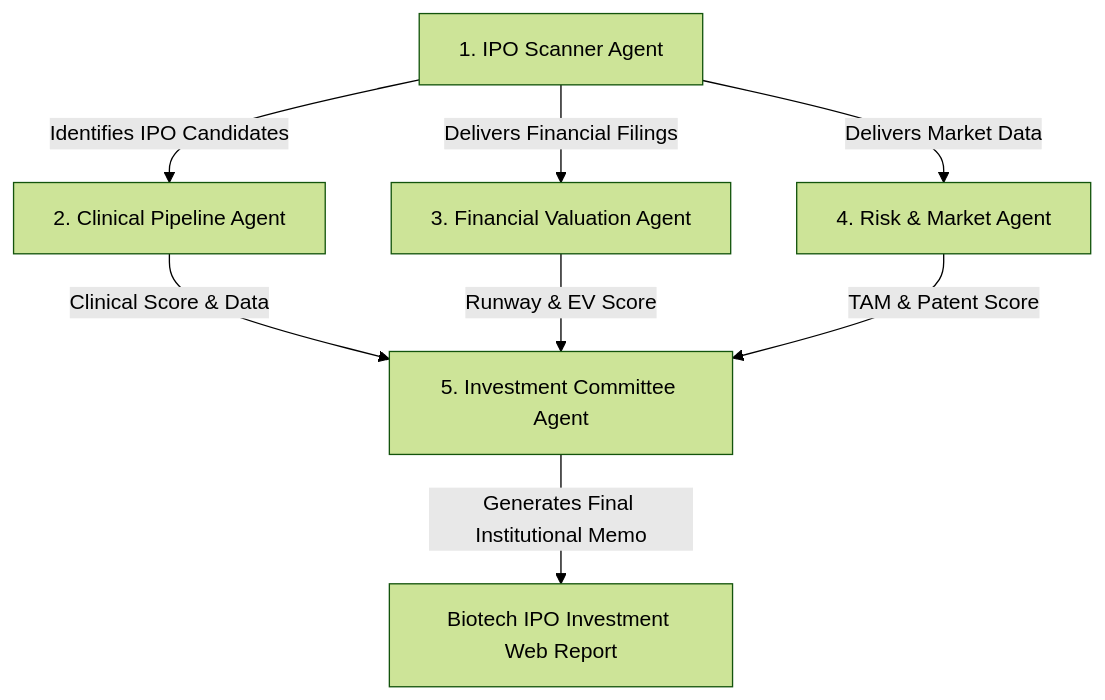
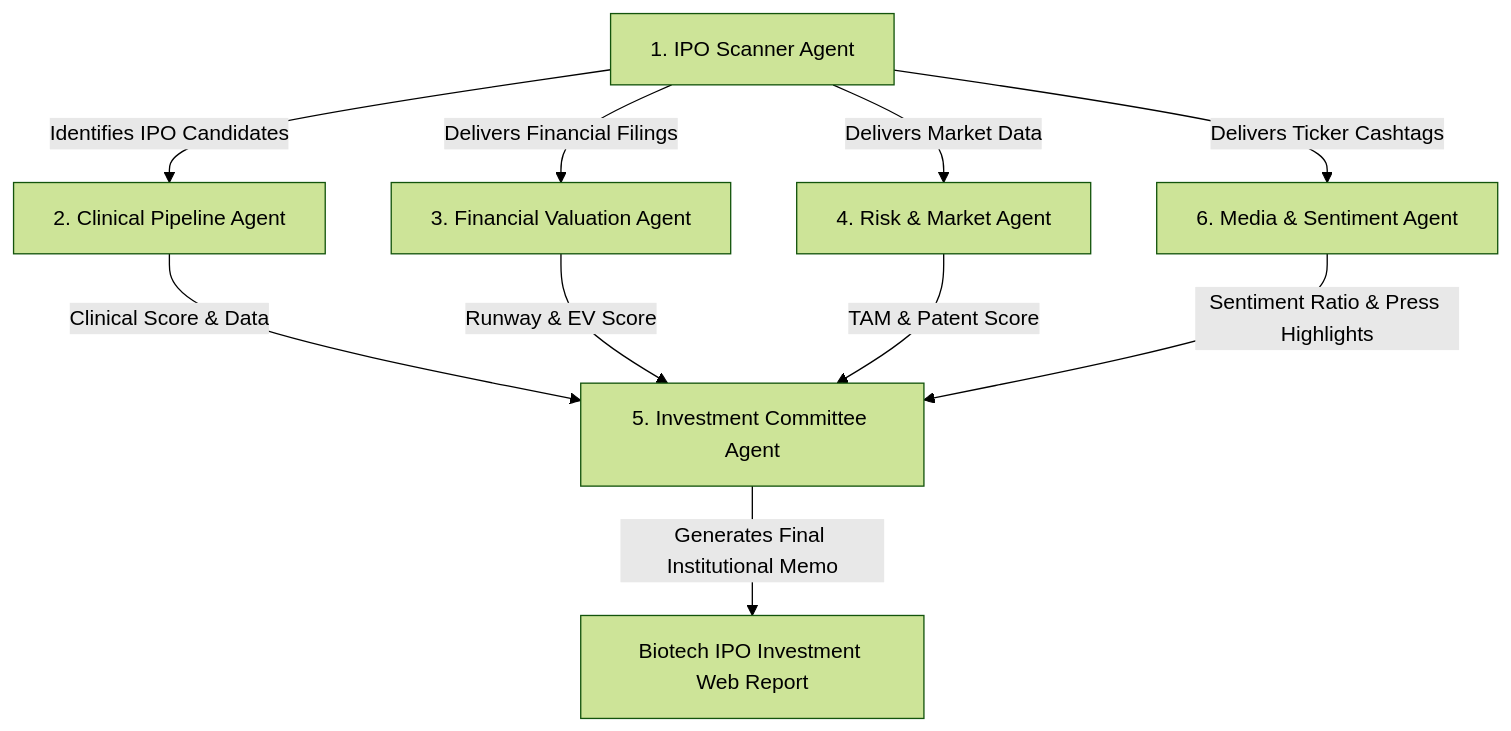
The diagram in agents/README.md (BretonsACT/IPO-Biotechnology), drawn with Mermaid (forest theme) before and after one commit. The commit also changed other lines of this file and 4 other files, not shown here.

Commit message:
Add Media & Social Sentiment Agent (#6), media audit report, and update web dashboard

````diff
--- a/agents/README.md
+++ b/agents/README.md
@@ -21,12 +22,14 @@
 ```mermaid
 flowchart TD
     Sub1[1. IPO Scanner Agent] -->|Identifies IPO Candidates| Sub2[2. Clinical Pipeline Agent]
     Sub1 -->|Delivers Financial Filings| Sub3[3. Financial Valuation Agent]
     Sub1 -->|Delivers Market Data| Sub4[4. Risk & Market Agent]
+    Sub1 -->|Delivers Ticker Cashtags| Sub6[6. Media & Sentiment Agent]
     
     Sub2 -->|Clinical Score & Data| Synthesis[5. Investment Committee Agent]
     Sub3 -->|Runway & EV Score| Synthesis
     Sub4 -->|TAM & Patent Score| Synthesis
+    Sub6 -->|Sentiment Ratio & Press Highlights| Synthesis
     
     Synthesis -->|Generates Final Institutional Memo| FinalReport[Biotech IPO Investment Web Report]
 ```
````
